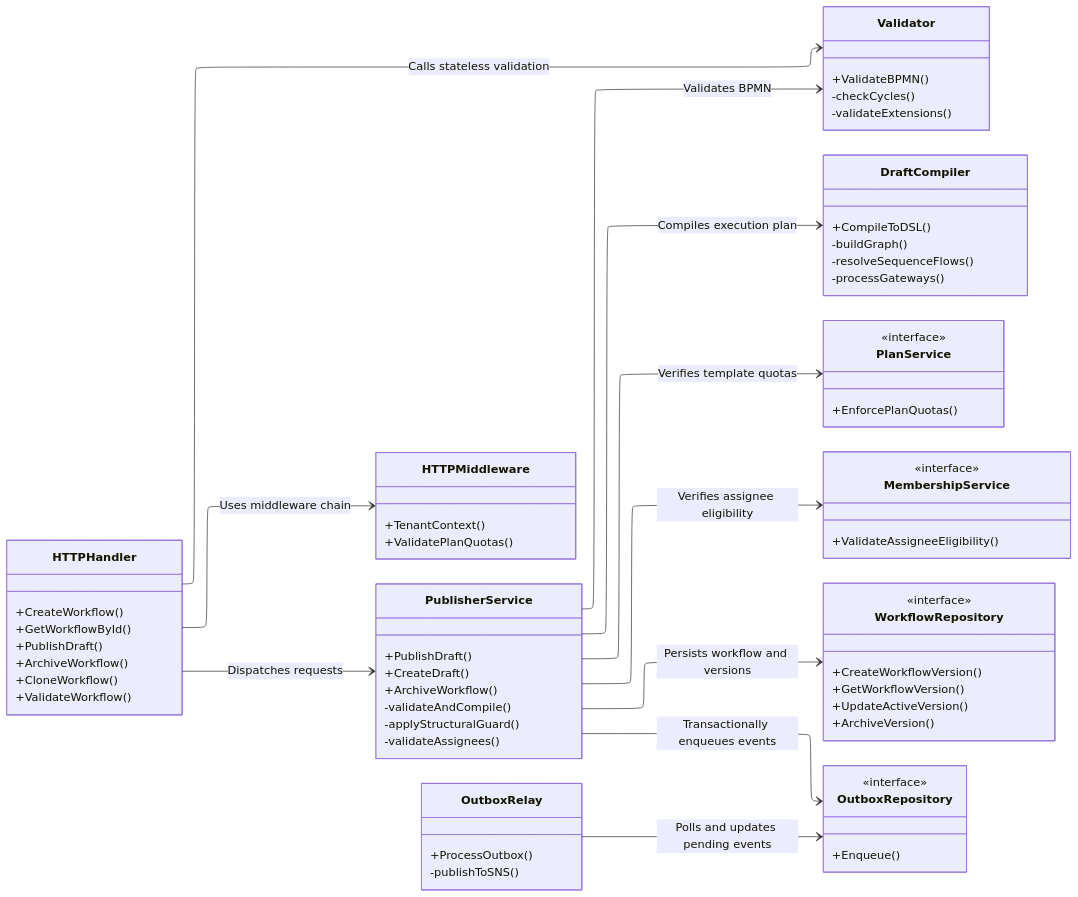
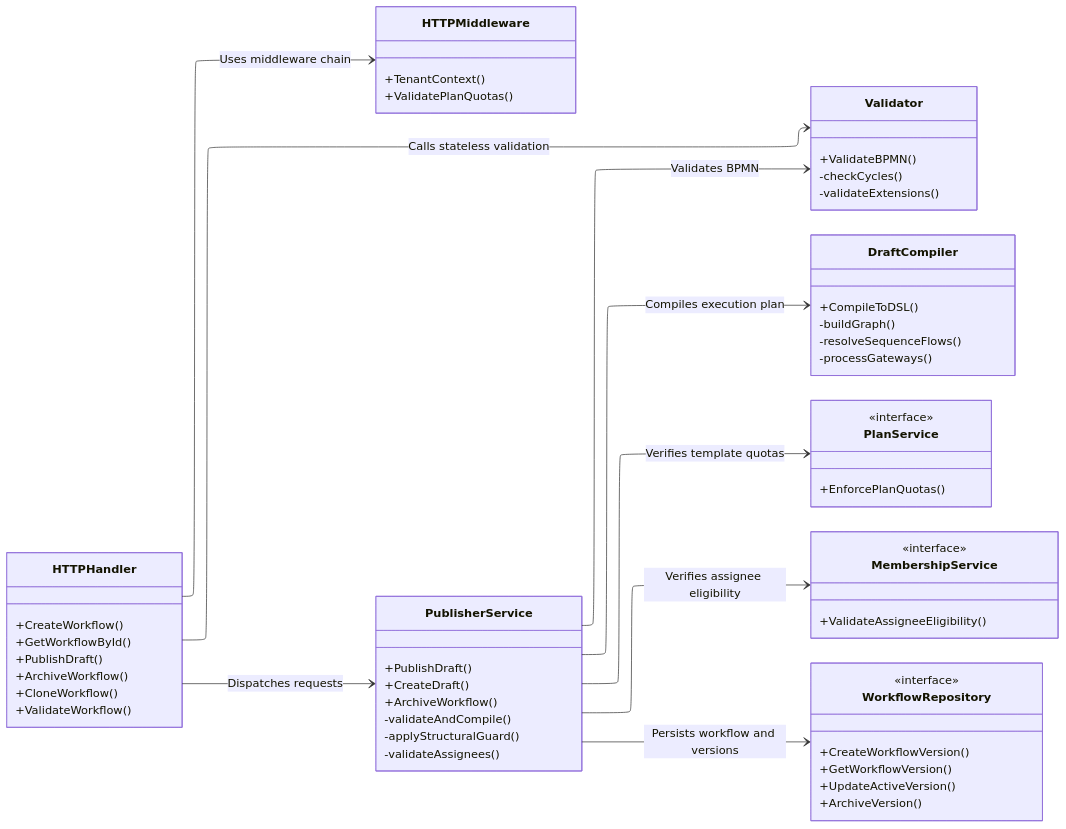
Before and after one commit to BCBP-SOLUTIONS-FZC-LLC/workflow-definition-service: the diagram in docs/architecture/mermaid/component-class-diagram.mmd, drawn with Mermaid. The commit also changed 56 other files, not shown here.

First line of the commit message:
wip: the service has no outbox, relay, SNS publisher or Glue codec; non-dev requires the Org, Execution URL and token (LLD rev 1.32)

```diff
--- a/docs/architecture/mermaid/component-class-diagram.mmd
+++ b/docs/architecture/mermaid/component-class-diagram.mmd
@@ -1,82 +1,69 @@
 ---
 config:
   layout: elk
 ---
 classDiagram
     direction LR
     class HTTPHandler {
         +CreateWorkflow()
         +GetWorkflowById()
         +PublishDraft()
         +ArchiveWorkflow()
         +CloneWorkflow()
         +ValidateWorkflow()
     }
 
     class HTTPMiddleware {
         +TenantContext()
         +ValidatePlanQuotas()
     }
 
     class PublisherService {
         +PublishDraft()
         +CreateDraft()
         +ArchiveWorkflow()
         -validateAndCompile()
         -applyStructuralGuard()
         -validateAssignees()
     }
 
     class Validator {
         +ValidateBPMN()
         -checkCycles()
         -validateExtensions()
     }
 
     class DraftCompiler {
         +CompileToDSL()
         -buildGraph()
         -resolveSequenceFlows()
         -processGateways()
     }
 
     class PlanService {
         <<interface>>
         +EnforcePlanQuotas()
     }
 
     class MembershipService {
         <<interface>>
         +ValidateAssigneeEligibility()
     }
 
     class WorkflowRepository {
         <<interface>>
         +CreateWorkflowVersion()
         +GetWorkflowVersion()
         +UpdateActiveVersion()
         +ArchiveVersion()
     }
 
-    class OutboxRepository {
-        <<interface>>
-        +Enqueue()
-    }
-
-    class OutboxRelay {
-        +ProcessOutbox()
-        -publishToSNS()
-    }
-
     HTTPHandler --> HTTPMiddleware : Uses middleware chain
     HTTPHandler --> PublisherService : Dispatches requests
     HTTPHandler --> Validator : Calls stateless validation
 
     PublisherService --> Validator : Validates BPMN
     PublisherService --> DraftCompiler : Compiles execution plan
     PublisherService --> PlanService : Verifies template quotas
     PublisherService --> MembershipService : Verifies assignee eligibility
     PublisherService --> WorkflowRepository : Persists workflow and versions
-    PublisherService --> OutboxRepository : Transactionally enqueues events
-
-    OutboxRelay --> OutboxRepository : Polls and updates pending events
```
